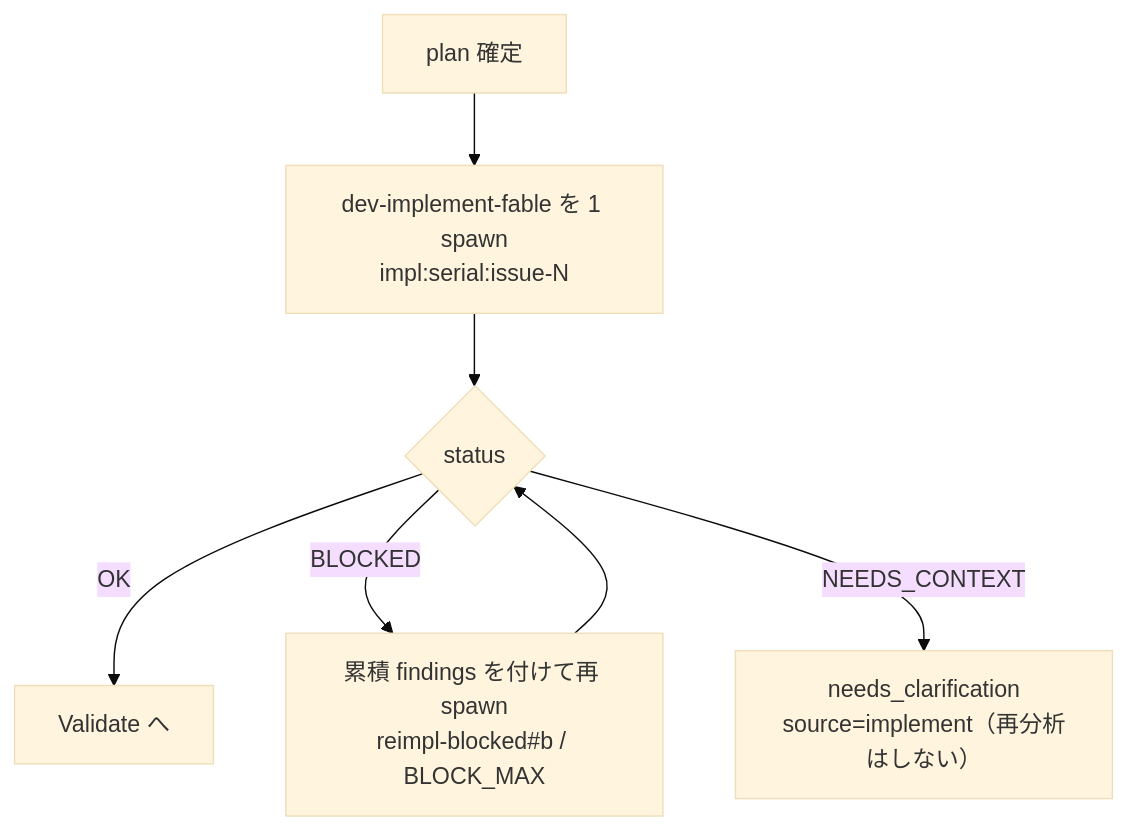
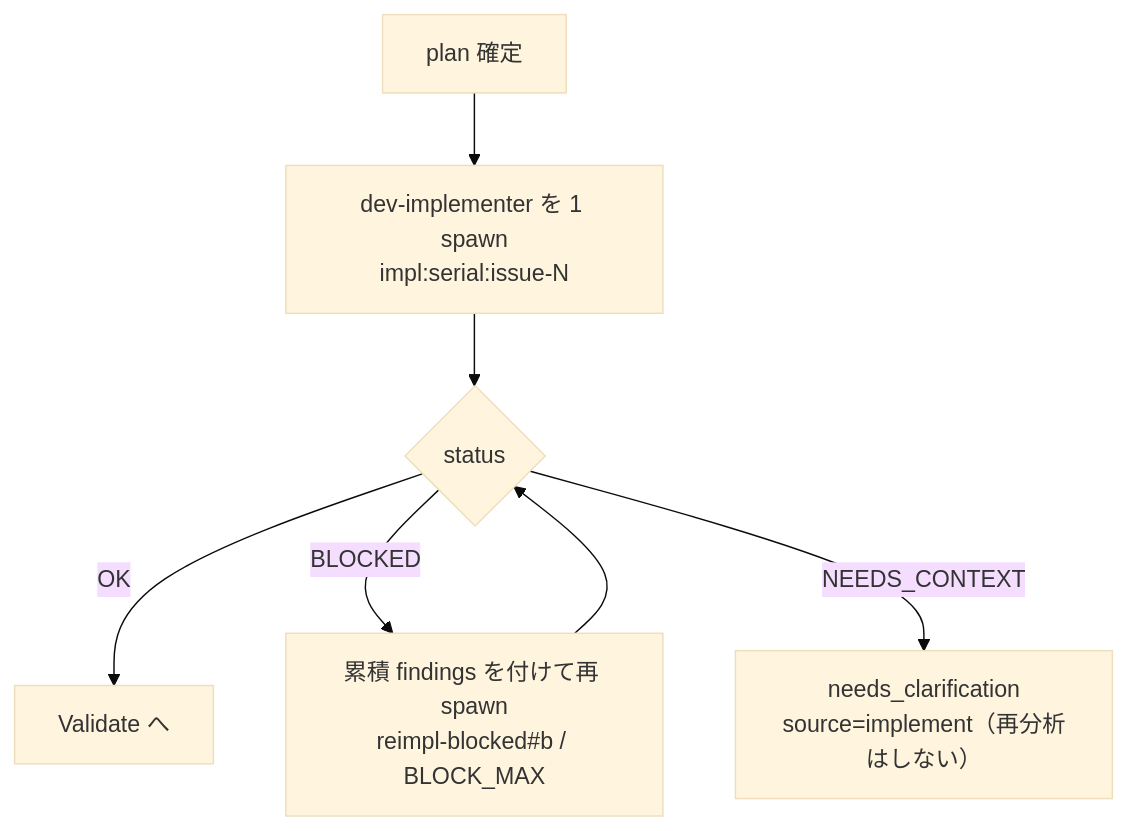
Before and after one commit to it-all-playpark/skills: the fourth of 13 diagrams in docs/dev-flow-atlas.md, drawn with Mermaid (base theme). The commit also changed other lines of this file and 99 other files, not shown here.

First line of the commit message:
refactor(dev-flow): 実態と合わない名前を直す（dev-implement-fable → dev-implementer、parallel-disjoint → declared-paths、古い model コメント） (#762)

````diff
--- a/docs/dev-flow-atlas.md
+++ b/docs/dev-flow-atlas.md
@@ -129,9 +129,9 @@
 ```mermaid
 flowchart TD
-    IN["plan 確定"] --> I1["dev-implement-fable を 1 spawn<br/>impl:serial:issue-N"]
+    IN["plan 確定"] --> I1["dev-implementer を 1 spawn<br/>impl:serial:issue-N"]
     I1 --> I3{"status"}
     I3 -->|OK| OUT["Validate へ"]
     I3 -->|BLOCKED| I4["累積 findings を付けて再 spawn<br/>reimpl-blocked#b / BLOCK_MAX"]
     I4 --> I3
     I3 -->|NEEDS_CONTEXT| NC["needs_clarification<br/>source=implement（再分析はしない）"]
 ```
````
